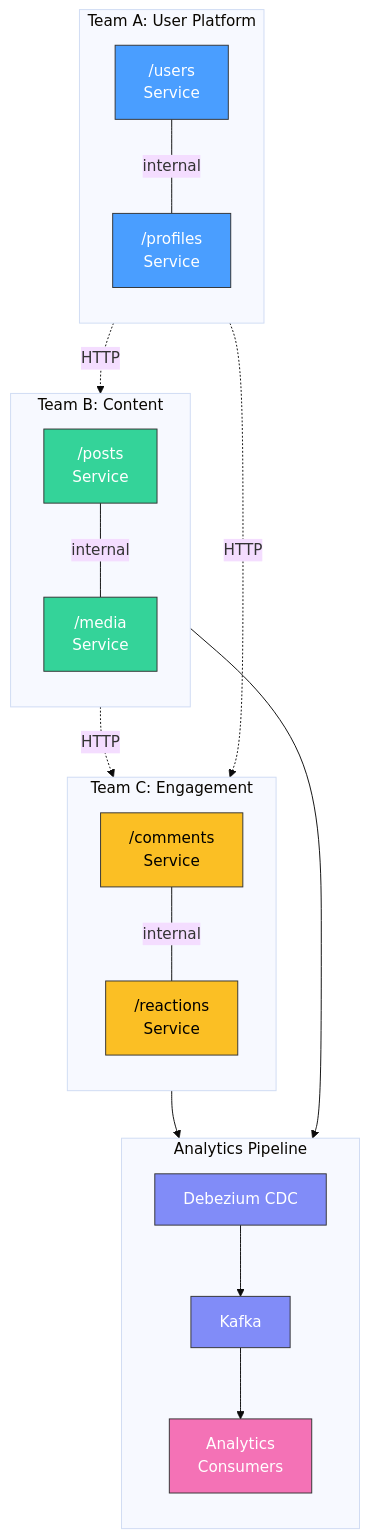
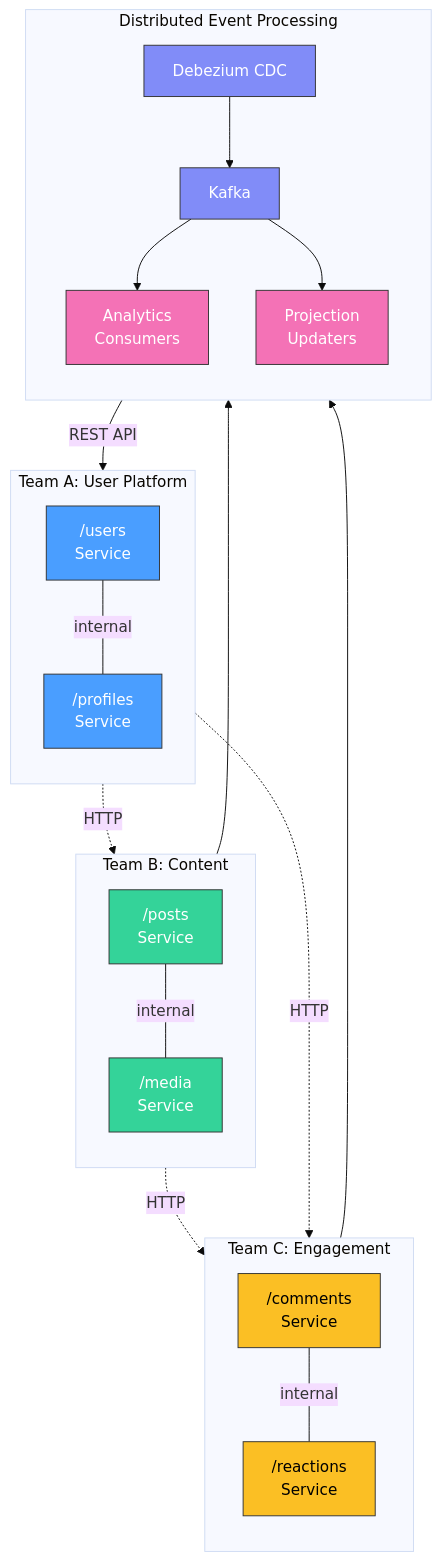
The fourth of 4 diagrams in docs/architecture/scalability.md (tsmarsh/meshql), drawn with Mermaid (base theme) before and after one commit. The commit also changed other lines of this file and 2 other files, not shown here.

First line of the commit message:
Update architecture docs with MerkQL tier progression

````diff
--- a/docs/architecture/scalability.md
+++ b/docs/architecture/scalability.md
@@ -174,48 +226,53 @@
 ```mermaid
 graph TB
     subgraph "Team A: User Platform"
         direction TB
         users3["/users<br/>Service"]
         profiles3["/profiles<br/>Service"]
         users3 ---|"internal"| profiles3
     end
 
     subgraph "Team B: Content"
         direction TB
         posts3["/posts<br/>Service"]
         media3["/media<br/>Service"]
         posts3 ---|"internal"| media3
     end
 
     subgraph "Team C: Engagement"
         direction TB
         comments3["/comments<br/>Service"]
         reactions3["/reactions<br/>Service"]
         comments3 ---|"internal"| reactions3
     end
 
-    subgraph "Analytics Pipeline"
+    subgraph "Distributed Event Processing"
         direction TB
         debezium["Debezium CDC"]
         kafka["Kafka"]
         analytics["Analytics<br/>Consumers"]
-        debezium --> kafka --> analytics
+        projections["Projection<br/>Updaters"]
+        debezium --> kafka
+        kafka --> analytics
+        kafka --> projections
     end
 
     users3 -. "HTTP" .-> posts3
     posts3 -. "HTTP" .-> comments3
     users3 -. "HTTP" .-> comments3
 
     posts3 --> debezium
     comments3 --> debezium
+    projections -->|"REST API"| users3
 
     style users3 fill:#4a9eff,stroke:#333,color:#fff
     style profiles3 fill:#4a9eff,stroke:#333,color:#fff
     style posts3 fill:#34d399,stroke:#333,color:#fff
     style media3 fill:#34d399,stroke:#333,color:#fff
     style comments3 fill:#fbbf24,stroke:#333,color:#000
     style reactions3 fill:#fbbf24,stroke:#333,color:#000
     style debezium fill:#818cf8,stroke:#333,color:#fff
     style kafka fill:#818cf8,stroke:#333,color:#fff
     style analytics fill:#f472b6,stroke:#333,color:#fff
+    style projections fill:#f472b6,stroke:#333,color:#fff
 ```
````
